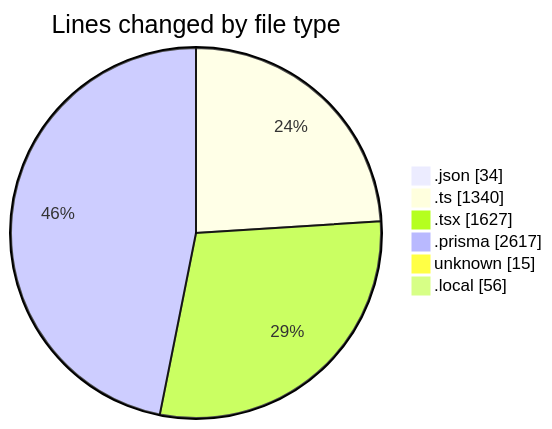
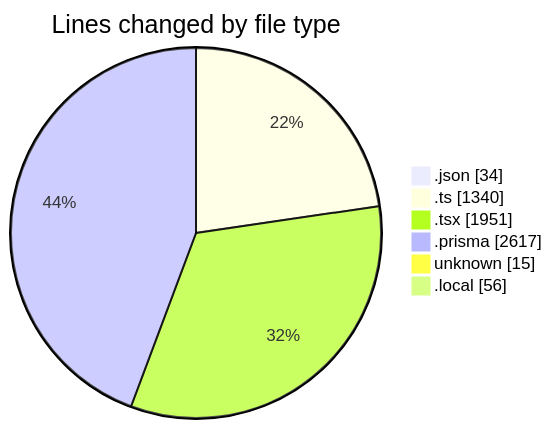
The first of 2 diagrams in 2025-05-15/ecodeli-1/README.md (CELIANVF/code-tracking), drawn with Mermaid before and after one commit. The commit also changed other lines of this file and 1 other file, not shown here.

````diff
--- a/2025-05-15/ecodeli-1/README.md
+++ b/2025-05-15/ecodeli-1/README.md
@@ -33,10 +34,10 @@
 ```mermaid
 pie showData
 title Lines changed by file type
 ".json" : 34
 ".ts" : 1340
-".tsx" : 1627
+".tsx" : 1951
 ".prisma" : 2617
 "unknown" : 15
 ".local" : 56
 ```
````
